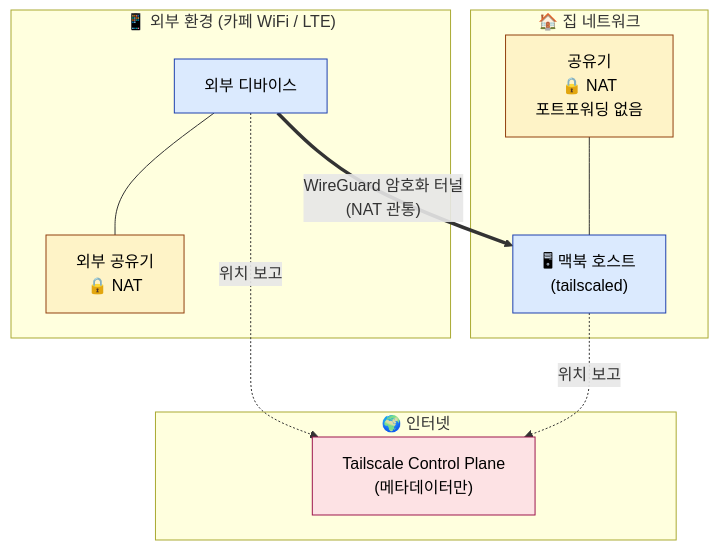
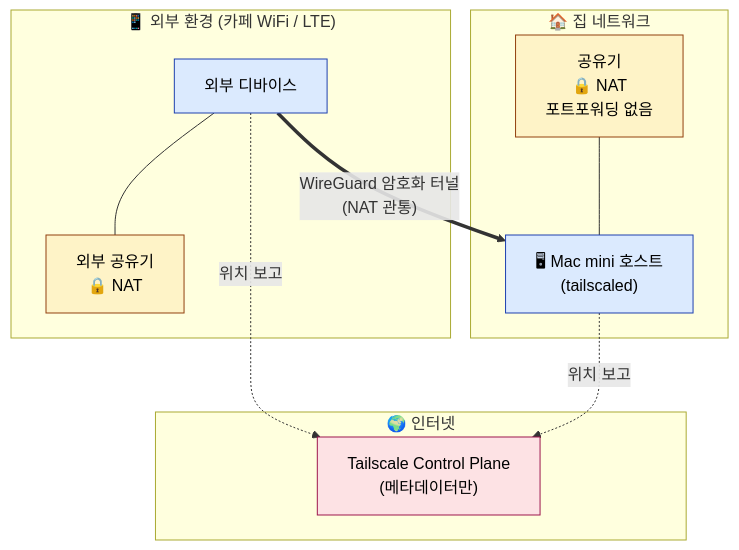
One commit to currenjin/currenjin.github.io changed the first of 14 diagrams in _wiki/homelab.md. Above: the diagram before and after it, drawn with Mermaid. The commit also changed other lines of this file, not shown here.

````diff
--- a/_wiki/homelab.md
+++ b/_wiki/homelab.md
@@ -41,29 +41,29 @@
 ```mermaid
 flowchart TB
   subgraph Internet["🌍 인터넷"]
     CP["Tailscale Control Plane<br/>(메타데이터만)"]
   end
 
   subgraph External["📱 외부 환경 (카페 WiFi / LTE)"]
     ExtRouter["외부 공유기<br/>🔒 NAT"]
     ExtDevice["외부 디바이스"]
     ExtDevice --- ExtRouter
   end
 
   subgraph Home["🏠 집 네트워크"]
     HomeRouter["공유기<br/>🔒 NAT<br/>포트포워딩 없음"]
-    Host["🖥 맥북 호스트<br/>(tailscaled)"]
+    Host["🖥 Mac mini 호스트<br/>(tailscaled)"]
     HomeRouter --- Host
   end
 
   ExtDevice -. 위치 보고 .-> CP
   Host -. 위치 보고 .-> CP
   ExtDevice == "WireGuard 암호화 터널<br/>(NAT 관통)" ==> Host
 
   classDef ctrl fill:#fde2e4,stroke:#9d174d,color:#000
   classDef host fill:#dbeafe,stroke:#1e40af,color:#000
   classDef router fill:#fef3c7,stroke:#92400e,color:#000
   class CP ctrl
   class Host,ExtDevice host
   class HomeRouter,ExtRouter router
 ```
````
